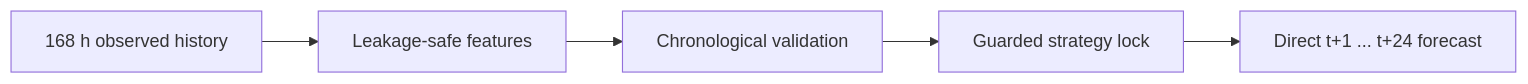
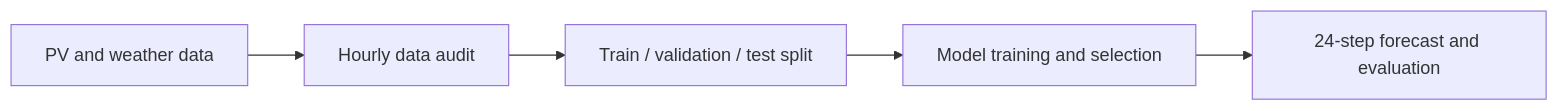
Before and after one commit to johnnyone89/TCFN4PVForecasting: the diagram in README.md, drawn with Mermaid. The commit also changed other lines of this file, not shown here.

````diff
--- a/README.md
+++ b/README.md
@@ -27,7 +42,7 @@
 ```mermaid
 flowchart LR
-    A["168 h observed history"] --> B["Leakage-safe features"]
-    B --> C["Chronological validation"]
-    C --> D["Guarded strategy lock"]
-    D --> E["Direct t+1 ... t+24 forecast"]
+    A["PV and weather data"] --> B["Hourly data audit"]
+    B --> C["Train / validation / test split"]
+    C --> D["Model training and selection"]
+    D --> E["24-step forecast and evaluation"]
 ```
````
